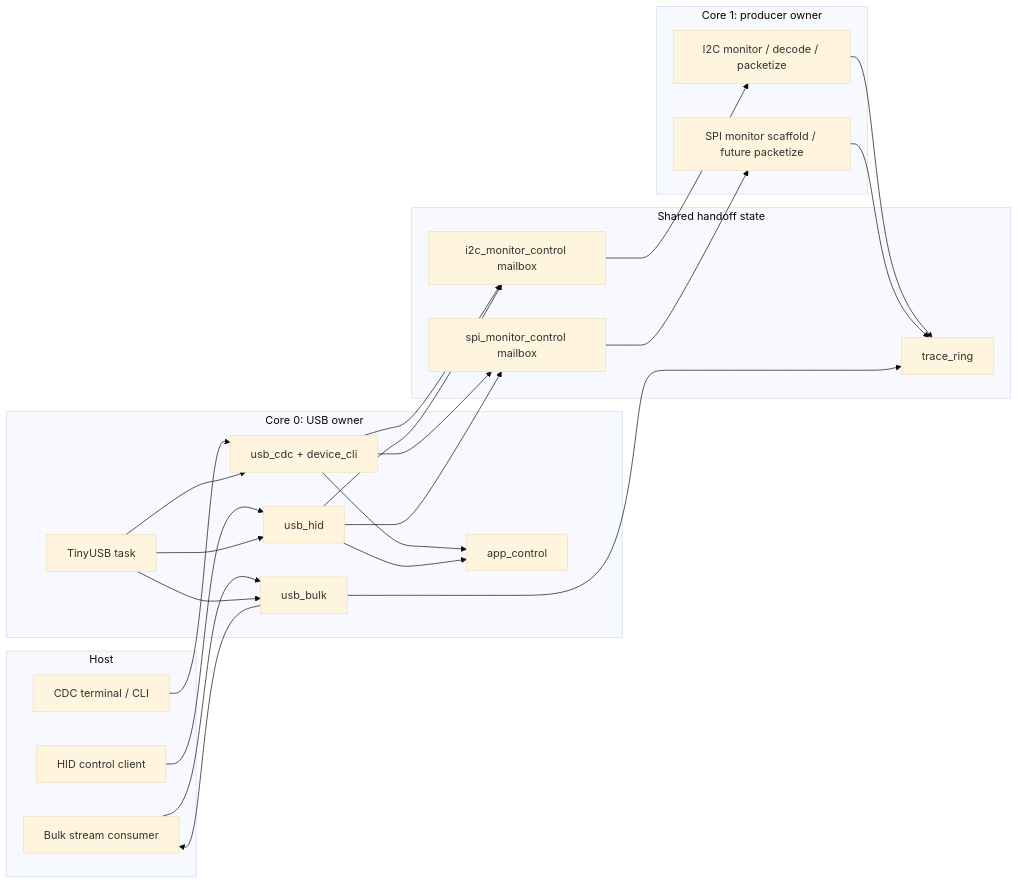
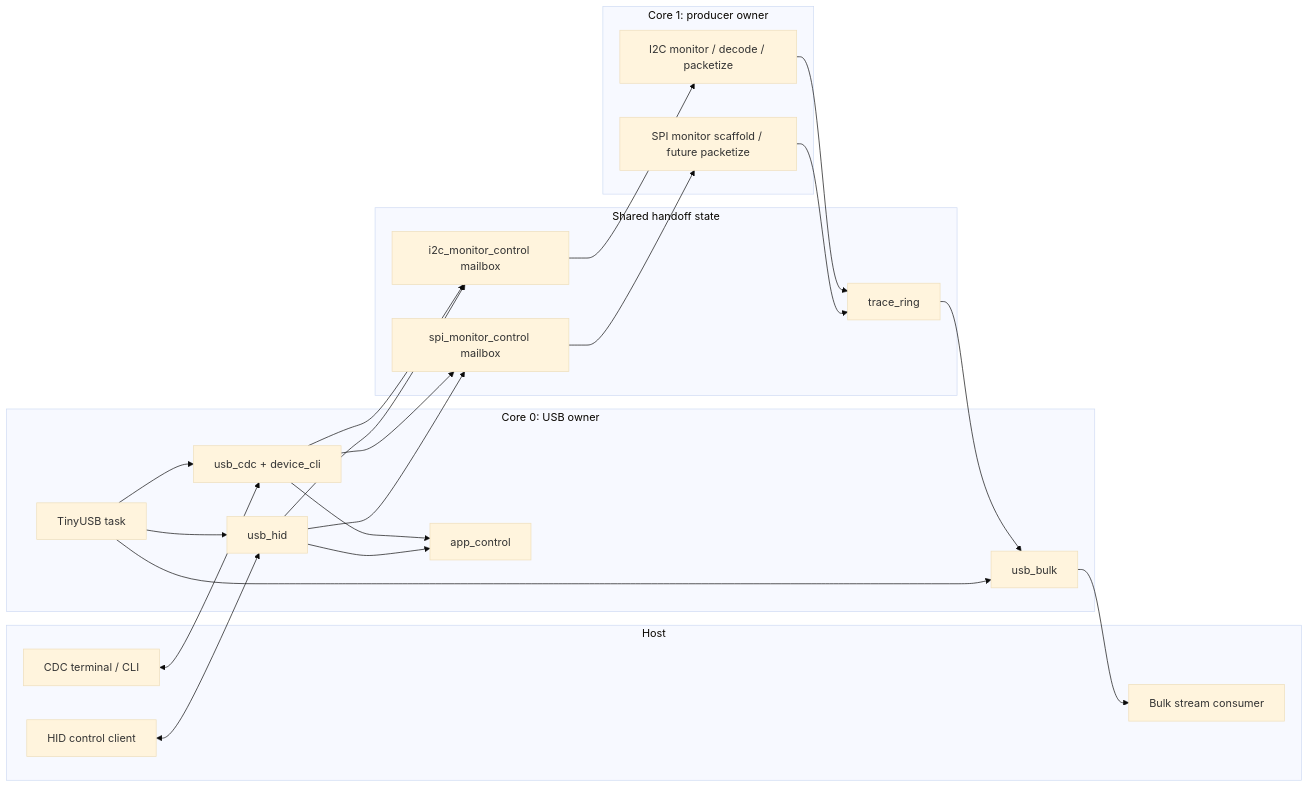
The first of 4 diagrams in docs/architecture/firmware-architecture.md (djwinter29-oss/PicoTrace), drawn with Mermaid (base theme) before and after one commit. The commit also changed other lines of this file and 13 other files, not shown here.

````diff
--- a/docs/architecture/firmware-architecture.md
+++ b/docs/architecture/firmware-architecture.md
@@ -32,49 +32,48 @@
 ```mermaid
 flowchart LR
     subgraph Host[Host]
         CLI[CDC terminal / CLI]
         HID[HID control client]
         BULK[Bulk stream consumer]
     end
 
     subgraph Core0[Core 0: USB owner]
         TUSB[TinyUSB task]
         CDC[usb_cdc + device_cli]
         HIDDEV[usb_hid]
         BULKDEV[usb_bulk]
         APP[app_control]
     end
 
     subgraph Shared[Shared handoff state]
         RING[trace_ring]
         I2CMB[i2c_monitor_control mailbox]
         SPIMB[spi_monitor_control mailbox]
     end
 
     subgraph Core1[Core 1: producer owner]
         I2CCAP[I2C monitor / decode / packetize]
         SPICAP[SPI monitor scaffold / future packetize]
     end
 
-    CLI --> CDC
-    HID --> HIDDEV
+    CLI <--> CDC
+    HID <--> HIDDEV
     BULKDEV --> BULK
-    BULK --> BULKDEV
 
     CDC --> APP
     HIDDEV --> APP
     CDC --> I2CMB
     CDC --> SPIMB
     HIDDEV --> I2CMB
     HIDDEV --> SPIMB
 
     I2CCAP --> RING
     SPICAP --> RING
-    BULKDEV --> RING
+    RING --> BULKDEV
 
     I2CMB --> I2CCAP
     SPIMB --> SPICAP
     TUSB --> CDC
     TUSB --> HIDDEV
     TUSB --> BULKDEV
 ```
````
